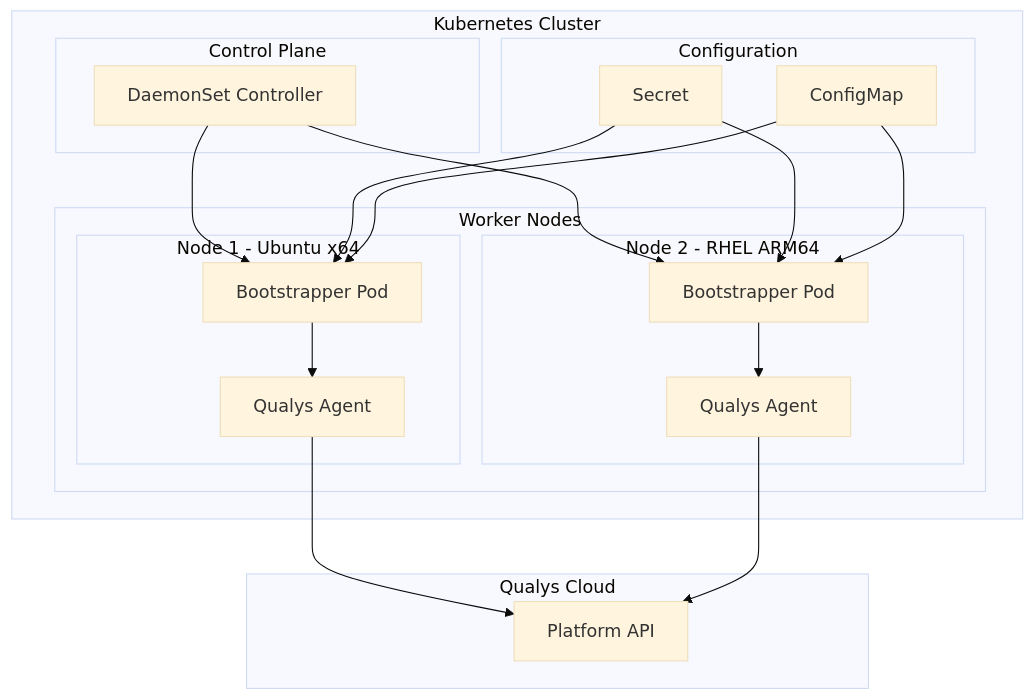
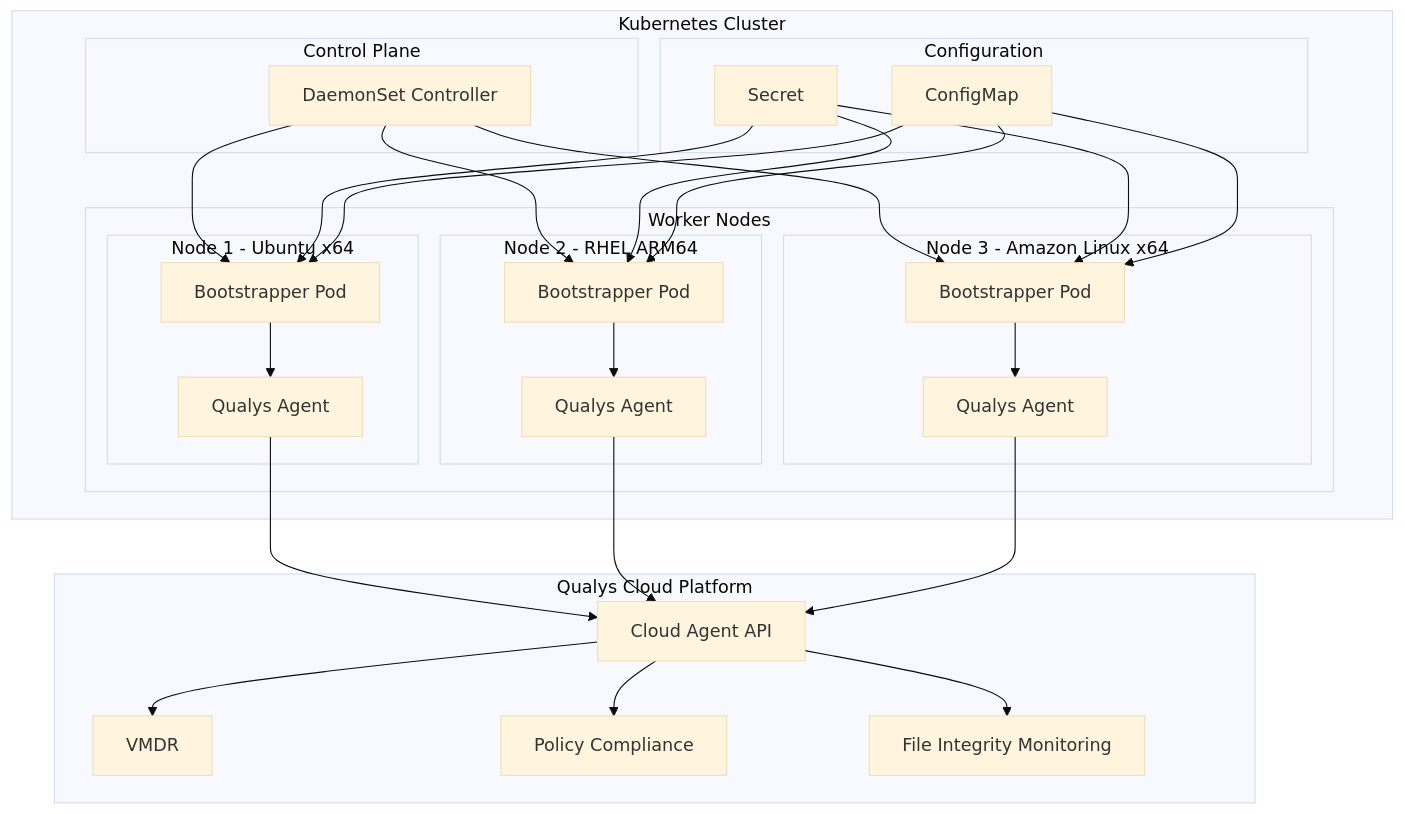
Before and after one commit to nelssec/qualys-ca-helm: the first of 3 diagrams in blog-post.md, drawn with Mermaid (base theme). The commit also changed other lines of this file, not shown here.

````diff
--- a/blog-post.md
+++ b/blog-post.md
@@ -13,30 +65,37 @@
 ```mermaid
 flowchart TB
     subgraph k8s["Kubernetes Cluster"]
         subgraph cp["Control Plane"]
             DS[DaemonSet Controller]
         end
 
         subgraph config["Configuration"]
             SEC[Secret]
             CM[ConfigMap]
         end
 
         subgraph nodes["Worker Nodes"]
             subgraph n1["Node 1 - Ubuntu x64"]
                 P1[Bootstrapper Pod] --> A1[Qualys Agent]
             end
             subgraph n2["Node 2 - RHEL ARM64"]
                 P2[Bootstrapper Pod] --> A2[Qualys Agent]
             end
+            subgraph n3["Node 3 - Amazon Linux x64"]
+                P3[Bootstrapper Pod] --> A3[Qualys Agent]
+            end
         end
     end
 
-    subgraph qualys["Qualys Cloud"]
-        API[Platform API]
+    subgraph qualys["Qualys Cloud Platform"]
+        API[Cloud Agent API]
+        VMDR[VMDR]
+        PC[Policy Compliance]
+        FIM[File Integrity Monitoring]
     end
 
-    DS --> P1 & P2
-    SEC & CM --> P1 & P2
-    A1 & A2 --> API
+    DS --> P1 & P2 & P3
+    SEC & CM --> P1 & P2 & P3
+    A1 & A2 & A3 --> API
+    API --> VMDR & PC & FIM
 ```
````
